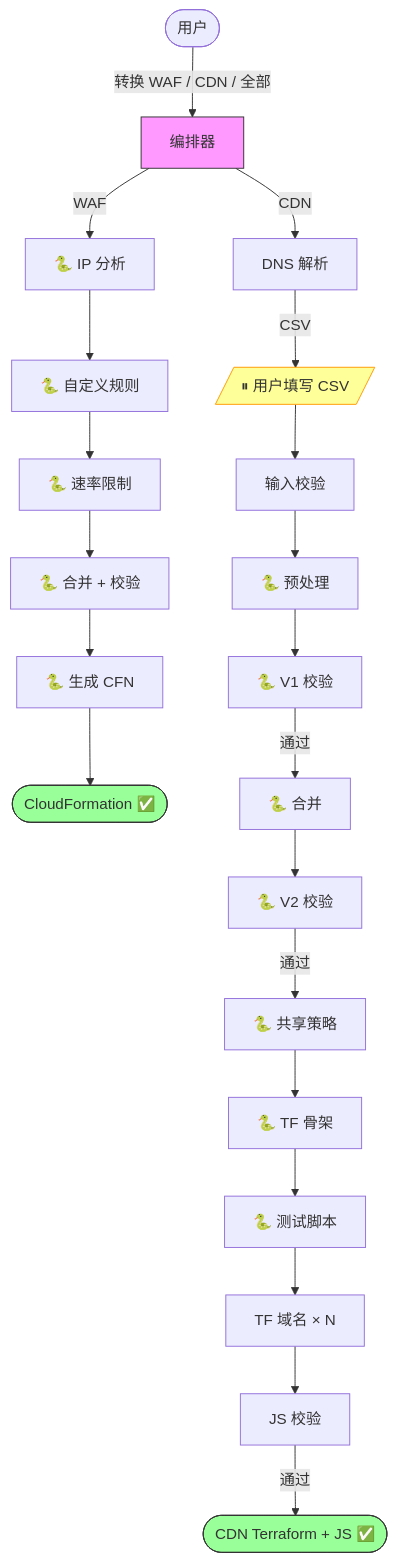
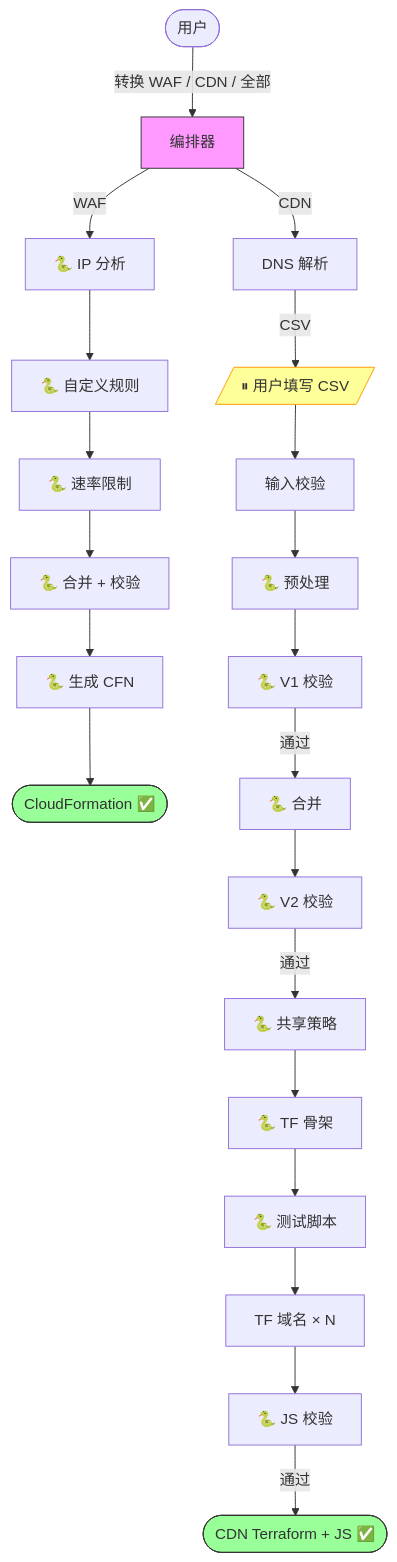
Before and after one commit to chenghit/cloudflare-aws-edge-config-converter: the diagram in README_CN.md, drawn with Mermaid. The commit also changed other lines of this file and 2 other files, not shown here.

Commit message:
fix: update stale '4 LLM stages' references and mermaid diagrams

````diff
--- a/README_CN.md
+++ b/README_CN.md
@@ -83,24 +83,24 @@
 ```mermaid
 flowchart TD
     User([用户]) -->|"转换 WAF / CDN / 全部"| Main["编排器"]
 
     Main -->|WAF| WAF_A1["🐍 IP 分析"] --> WAF_A2["🐍 自定义规则"] --> WAF_A3["🐍 速率限制"] --> WAF_M["🐍 合并 + 校验"] --> WAF_G["🐍 生成 CFN"] --> WAF_Done([CloudFormation ✅])
 
     Main -->|CDN| CDN1["DNS 解析"] -->|CSV| Pause[/"⏸ 用户填写 CSV"/]
     Pause --> CDN2["输入校验"]
     CDN2 --> CDN3["🐍 预处理"]
     CDN3 --> CDN4["🐍 V1 校验"]
     CDN4 -->|通过| CDN5["🐍 合并"]
     CDN5 --> CDN6["🐍 V2 校验"]
     CDN6 -->|通过| CDN7["🐍 共享策略"]
     CDN7 --> CDN75["🐍 TF 骨架"]
     CDN75 --> CDN76["🐍 测试脚本"]
     CDN76 --> CDN8["TF 域名 × N"]
-    CDN8 --> CDN9["JS 校验"]
+    CDN8 --> CDN9["🐍 JS 校验"]
     CDN9 -->|通过| CDN_Done([CDN Terraform + JS ✅])
 
     style Main fill:#f9f,stroke:#333
     style Pause fill:#ff9,stroke:#f90
     style WAF_Done fill:#9f9,stroke:#333
     style CDN_Done fill:#9f9,stroke:#333
 ```
````
